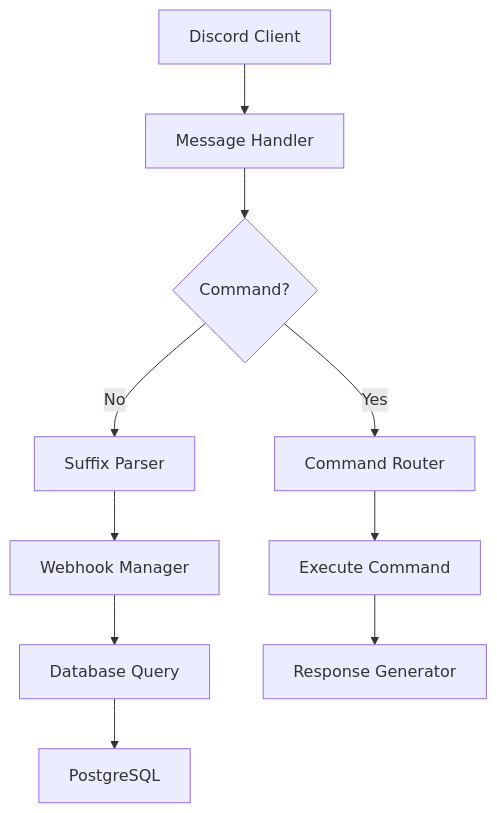
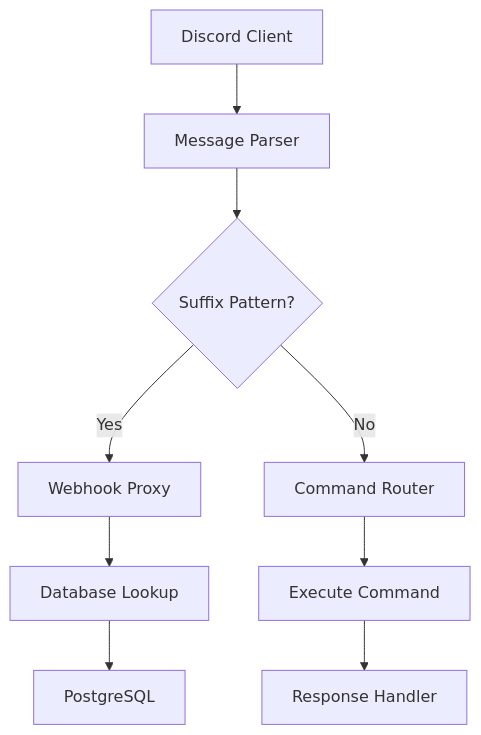
The diagram in readme.md (Betapoisoner/Beta-Bot), drawn with Mermaid before and after one commit. The commit also changed other lines of this file and 19 other files, not shown here.

````diff
--- a/readme.md
+++ b/readme.md
@@ -180,12 +215,11 @@
 ```mermaid
 graph TD
-    A[Discord Client] --> B[Message Handler]
-    B --> C{Command?}
-    C -->|Yes| D[Command Router]
-    C -->|No| E[Suffix Parser]
-    D --> F[Execute Command]
-    E --> G[Webhook Manager]
-    G --> H[Database Query]
-    H --> I[PostgreSQL]
-    F --> J[Response Generator]
+    A[Discord Client] --> B[Message Parser]
+    B --> C{Suffix Pattern?}
+    C -->|Yes| D[Webhook Proxy]
+    C -->|No| E[Command Router]
+    D --> F[Database Lookup]
+    E --> G[Execute Command]
+    F --> H[PostgreSQL]
+    G --> I[Response Handler]
 ```
````
